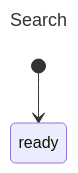
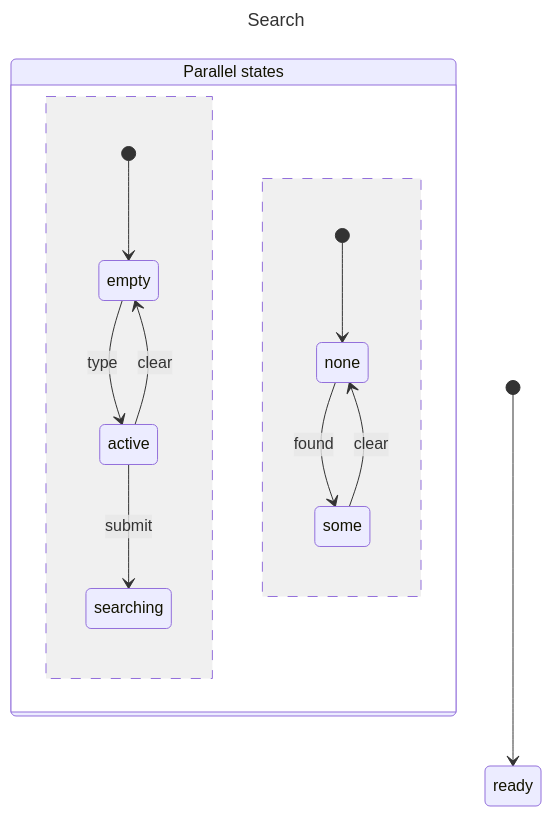
The third of 5 diagrams in docs/guides/parallel-states.md (Masquerade-Circus/x-robot), drawn with Mermaid before and after one commit. The commit also changed other lines of this file and 64 other files, not shown here.

First line of the commit message:
refactor(documentate): expand documentate diagram exports

````diff
--- a/docs/guides/parallel-states.md
+++ b/docs/guides/parallel-states.md
@@ -134,19 +207,38 @@
 ```mermaid
 ---
 title: Search
 ---
 
 stateDiagram-v2
 direction TB
 
 classDef danger fill:#f8d7da,stroke:#721c24,stroke-width:2px,text-align:left,color:#721c24
 classDef warning fill:#fff3cd,stroke:#856404,stroke-width:2px,text-align:left,color:#856404
 classDef success fill:#d4edda,stroke:#155724,stroke-width:2px,text-align:left,color:#155724
 classDef primary fill:#cce5ff,stroke:#004085,stroke-width:2px,text-align:left,color:#004085
 classDef info fill:#d1ecf1,stroke:#0c5460,stroke-width:2px,text-align:left,color:#0c5460
 classDef def fill:#f8f9fa,stroke:#6c757d,stroke-width:2px,text-align:left,color:#6c757d
 
+state "Parallel states" as SearchParallelStates
+state SearchParallelStates {
+  state "empty" as SearchQueryEmpty
+  state "active" as SearchQueryActive
+
+
+  [*] --> SearchQueryEmpty
+  SearchQueryEmpty --> SearchQueryActive: type
+  SearchQueryActive --> SearchQueryEmpty: clear
+  SearchQueryActive --> searching: submit
+  --
+  state "none" as SearchResultsNone
+  state "some" as SearchResultsSome
+
+
+  [*] --> SearchResultsNone
+  SearchResultsNone --> SearchResultsSome: found
+  SearchResultsSome --> SearchResultsNone: clear
+}
 
 
 [*] --> ready
 ```
````
